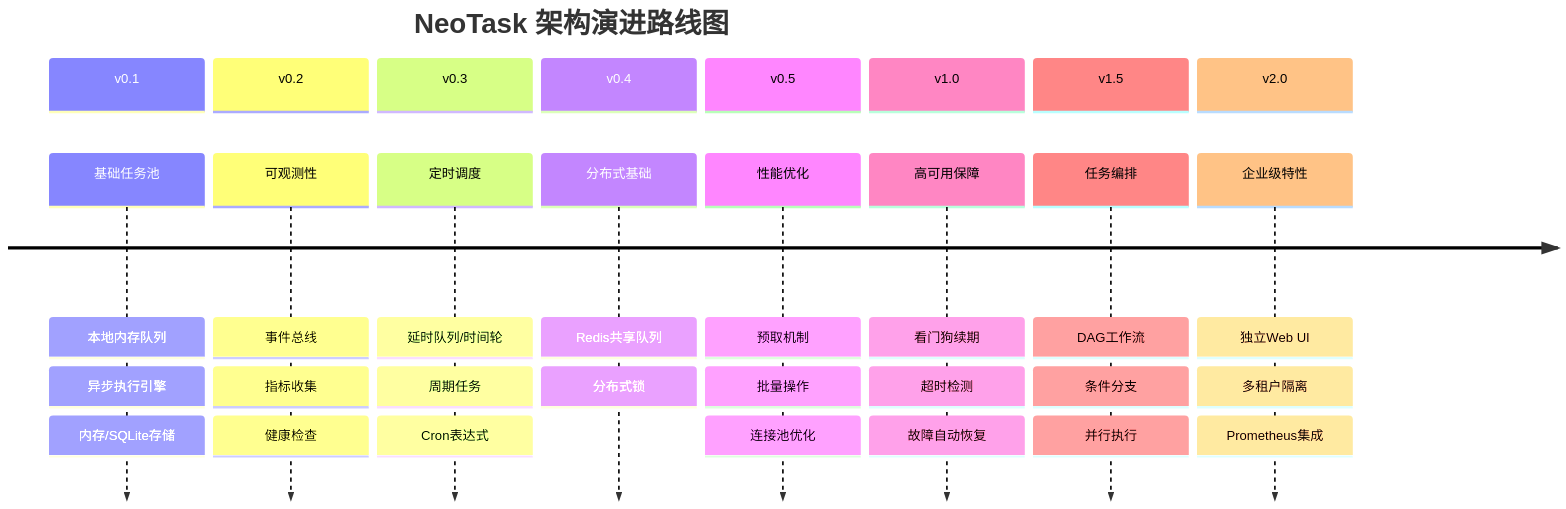
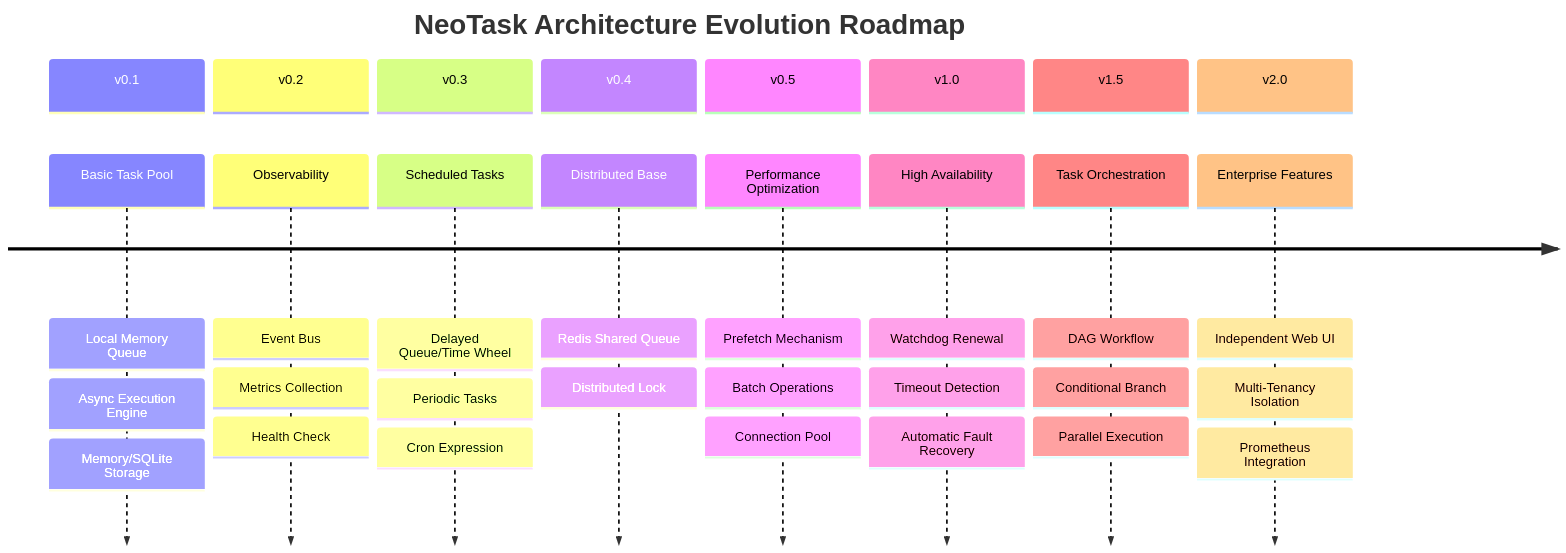
Before and after one commit to neopen/task-schedule-manager: the second of 2 diagrams in README.md, drawn with Mermaid. The commit also changed other lines of this file and 6 other files, not shown here.

````diff
--- a/README.md
+++ b/README.md
@@ -99,43 +95,43 @@
 ```mermaid
 timeline
-    title NeoTask 架构演进路线图
+    title NeoTask Architecture Evolution Roadmap
     
     section v0.1
-        基础任务池 : 本地内存队列
-                   : 异步执行引擎
-                   : 内存/SQLite存储
-                   
+        Basic Task Pool : Local Memory Queue
+                        : Async Execution Engine
+                        : Memory/SQLite Storage
+                        
     section v0.2
-        可观测性 : 事件总线
-                 : 指标收集
-                 : 健康检查
-                 
+        Observability : Event Bus
+                      : Metrics Collection
+                      : Health Check
+                      
     section v0.3
-        定时调度 : 延时队列/时间轮
-                 : 周期任务
-                 : Cron表达式
-                 
+        Scheduled Tasks : Delayed Queue/Time Wheel
+                        : Periodic Tasks
+                        : Cron Expression
+                        
     section v0.4
-        分布式基础 : Redis共享队列
-                   : 分布式锁
-                   
+        Distributed Base : Redis Shared Queue
+                         : Distributed Lock
+                         
     section v0.5
-        性能优化 : 预取机制
-                 : 批量操作
-                 : 连接池优化
+        Performance Optimization : Prefetch Mechanism
+                                : Batch Operations
+                                : Connection Pool
 
     section v1.0
-        高可用保障 : 看门狗续期
-                   : 超时检测
-                   : 故障自动恢复
+        High Availability : Watchdog Renewal
+                          : Timeout Detection
+                          : Automatic Fault Recovery
 
     section v1.5
-        任务编排 : DAG工作流
-                 : 条件分支
-                 : 并行执行
+        Task Orchestration : DAG Workflow
+                           : Conditional Branch
+                           : Parallel Execution
 
     section v2.0
-        企业级特性 : 独立Web UI
-                   : 多租户隔离
-                   : Prometheus集成
+        Enterprise Features : Independent Web UI
+                            : Multi-Tenancy Isolation
+                            : Prometheus Integration
 ```
````
